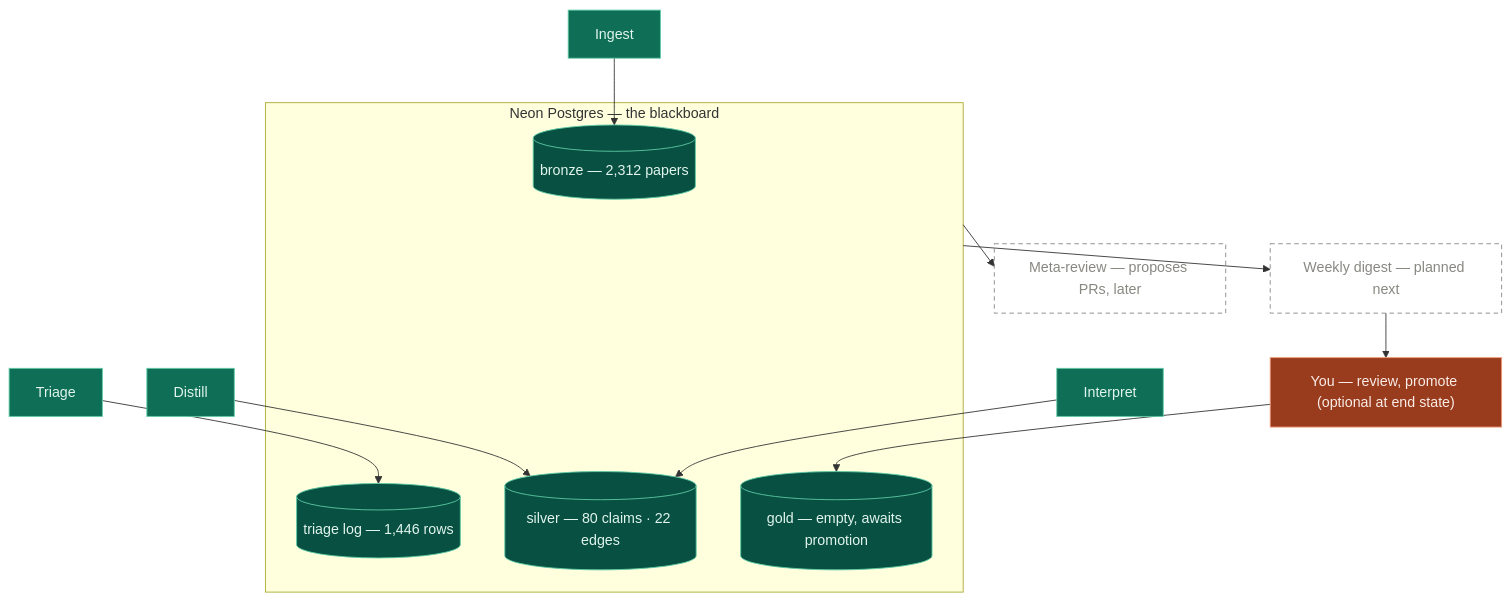
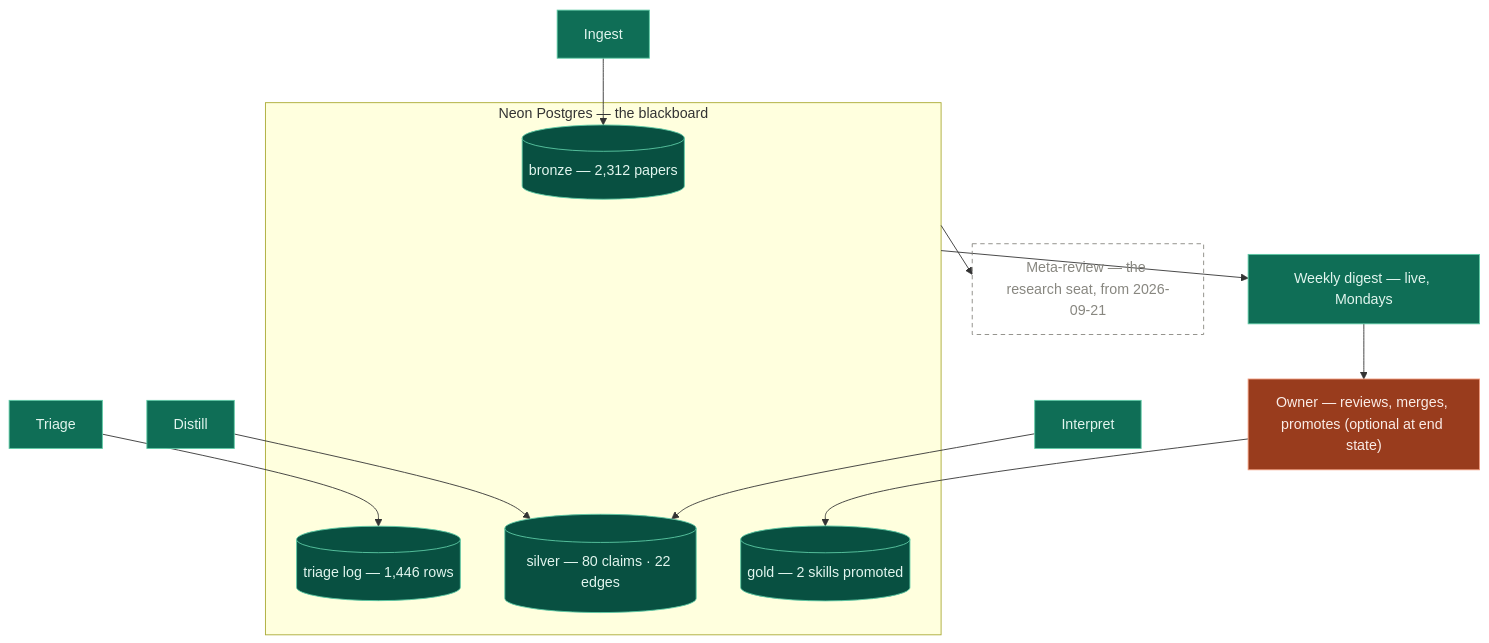
One commit to alexandrapaiz/alexandria changed the second of 4 diagrams in docs/diagrams.md. Above: the diagram before and after it, drawn with Mermaid. The commit also changed other lines of this file, not shown here.

First line of the commit message:
Diagram atlas: add the org diagram, unmark three stations that shipped

````diff
--- a/docs/diagrams.md
+++ b/docs/diagrams.md
@@ -45,26 +61,26 @@
 ```mermaid
 flowchart TB
     classDef live fill:#0F6E56,stroke:#5DCAA5,color:#E1F5EE
     classDef store fill:#085041,stroke:#5DCAA5,color:#E1F5EE
     classDef todo fill:none,stroke:#888780,stroke-dasharray:5 4,color:#888780
     classDef human fill:#993C1D,stroke:#F0997B,color:#FAECE7
 
     ING2["Ingest"]:::live
     DIS2["Distill"]:::live
     TRI2["Triage"]:::live
     INT2["Interpret"]:::live
     subgraph NEON["Neon Postgres — the blackboard"]
         B[("bronze — 2,312 papers")]:::store
         L[("triage log — 1,446 rows")]:::store
         S[("silver — 80 claims · 22 edges")]:::store
-        G[("gold — empty, awaits promotion")]:::store
+        G[("gold — 2 skills promoted")]:::store
     end
     ING2 --> B
     TRI2 --> L
     DIS2 --> S
     INT2 --> S
-    NEON --> BRIEF["Weekly digest — planned next"]:::todo
-    BRIEF --> YOU["You — review, promote (optional at end state)"]:::human
+    NEON --> BRIEF["Weekly digest — live, Mondays"]:::live
+    BRIEF --> YOU["Owner — reviews, merges, promotes (optional at end state)"]:::human
     YOU --> G
-    NEON --> META2["Meta-review — proposes PRs, later"]:::todo
+    NEON --> META2["Meta-review — the research seat, from 2026-09-21"]:::todo
 ```
````
